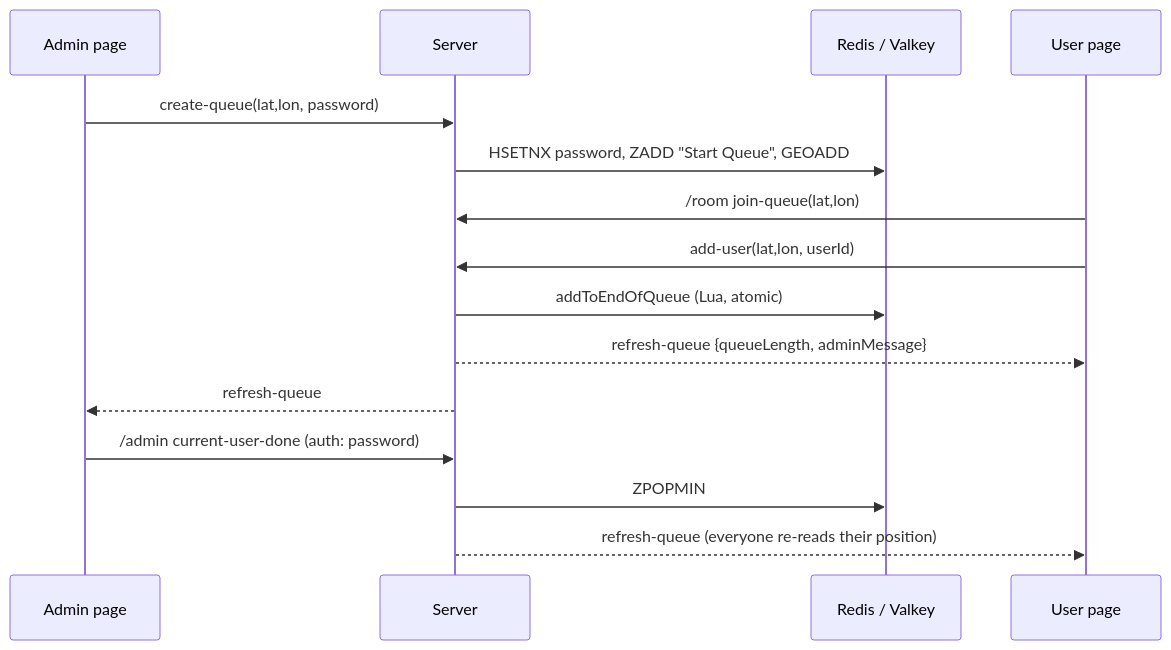
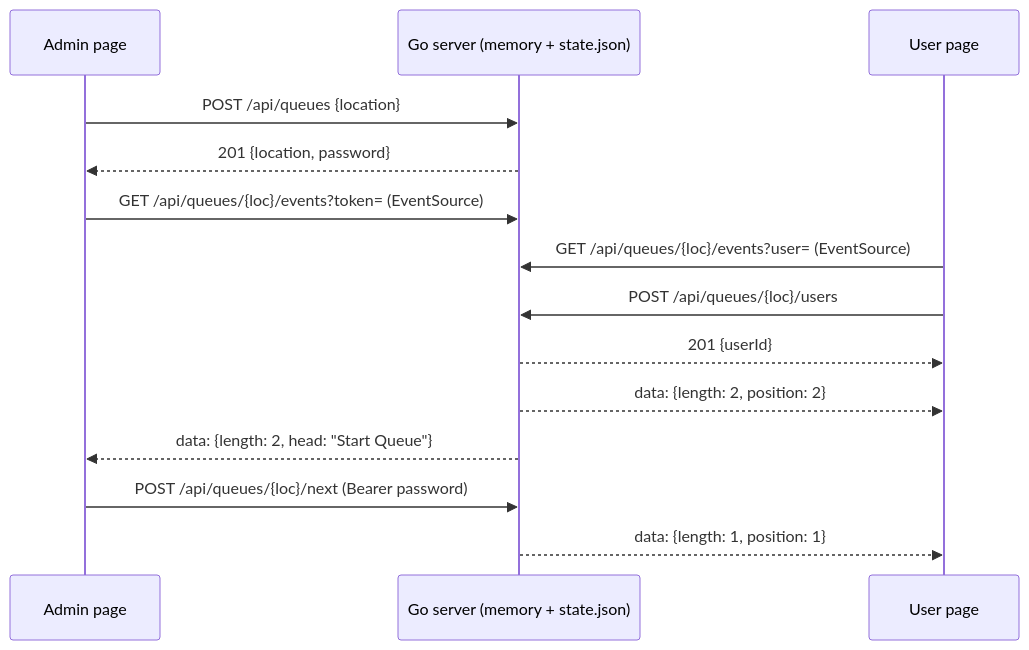
One commit to barakplasma/in-person-queue changed the diagram in README.md. Above: the diagram before and after it, drawn with Mermaid. The commit also changed other lines of this file and 32 other files, not shown here.

First line of the commit message:
Replace the Node + Redis server with a single Go binary (ADR 0001)

````diff
--- a/README.md
+++ b/README.md
@@ -130,17 +136,16 @@
 ```mermaid
 sequenceDiagram
   participant A as Admin page
-  participant S as Server
-  participant R as Redis / Valkey
+  participant S as Go server (memory + state.json)
   participant U as User page
-  A->>S: create-queue(lat,lon, password)
-  S->>R: HSETNX password, ZADD "Start Queue", GEOADD
-  U->>S: /room join-queue(lat,lon)
-  U->>S: add-user(lat,lon, userId)
-  S->>R: addToEndOfQueue (Lua, atomic)
-  S-->>U: refresh-queue {queueLength, adminMessage}
-  S-->>A: refresh-queue
-  A->>S: /admin current-user-done (auth: password)
-  S->>R: ZPOPMIN
-  S-->>U: refresh-queue (everyone re-reads their position)
+  A->>S: POST /api/queues {location}
+  S-->>A: 201 {location, password}
+  A->>S: GET /api/queues/{loc}/events?token= (EventSource)
+  U->>S: GET /api/queues/{loc}/events?user= (EventSource)
+  U->>S: POST /api/queues/{loc}/users
+  S-->>U: 201 {userId}
+  S-->>U: data: {length: 2, position: 2}
+  S-->>A: data: {length: 2, head: "Start Queue"}
+  A->>S: POST /api/queues/{loc}/next (Bearer password)
+  S-->>U: data: {length: 1, position: 1}
 ```
````
